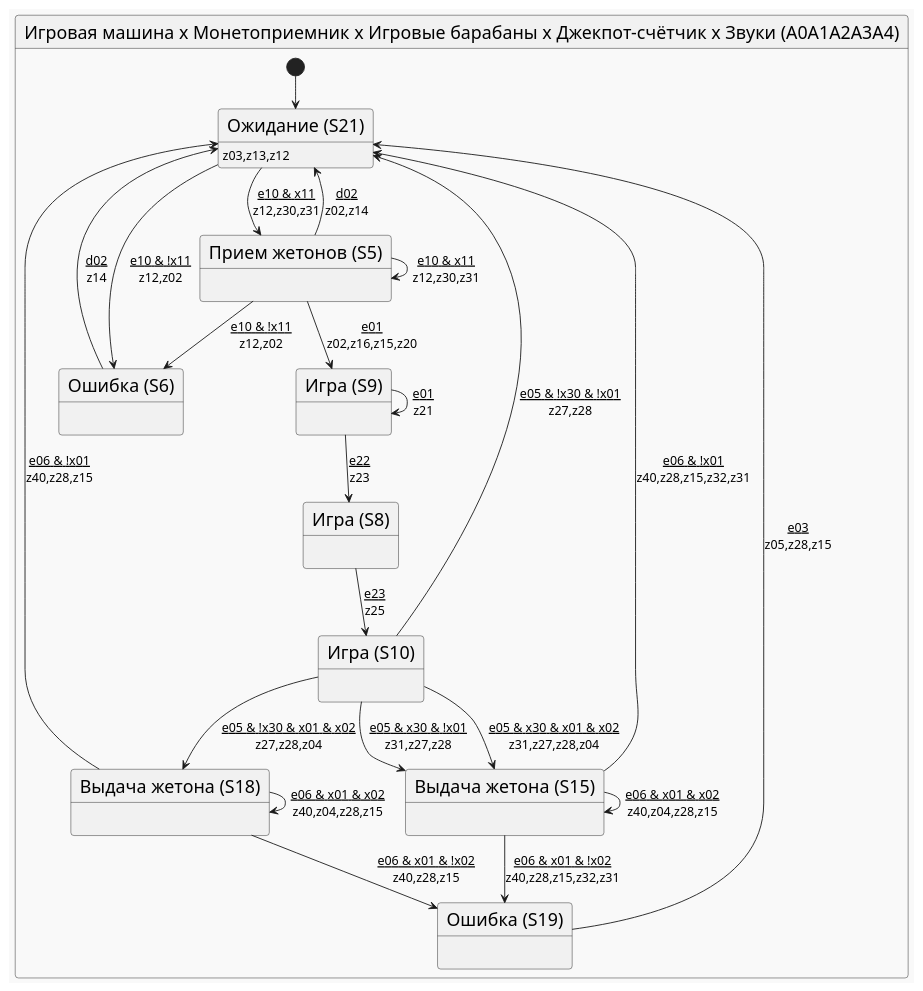
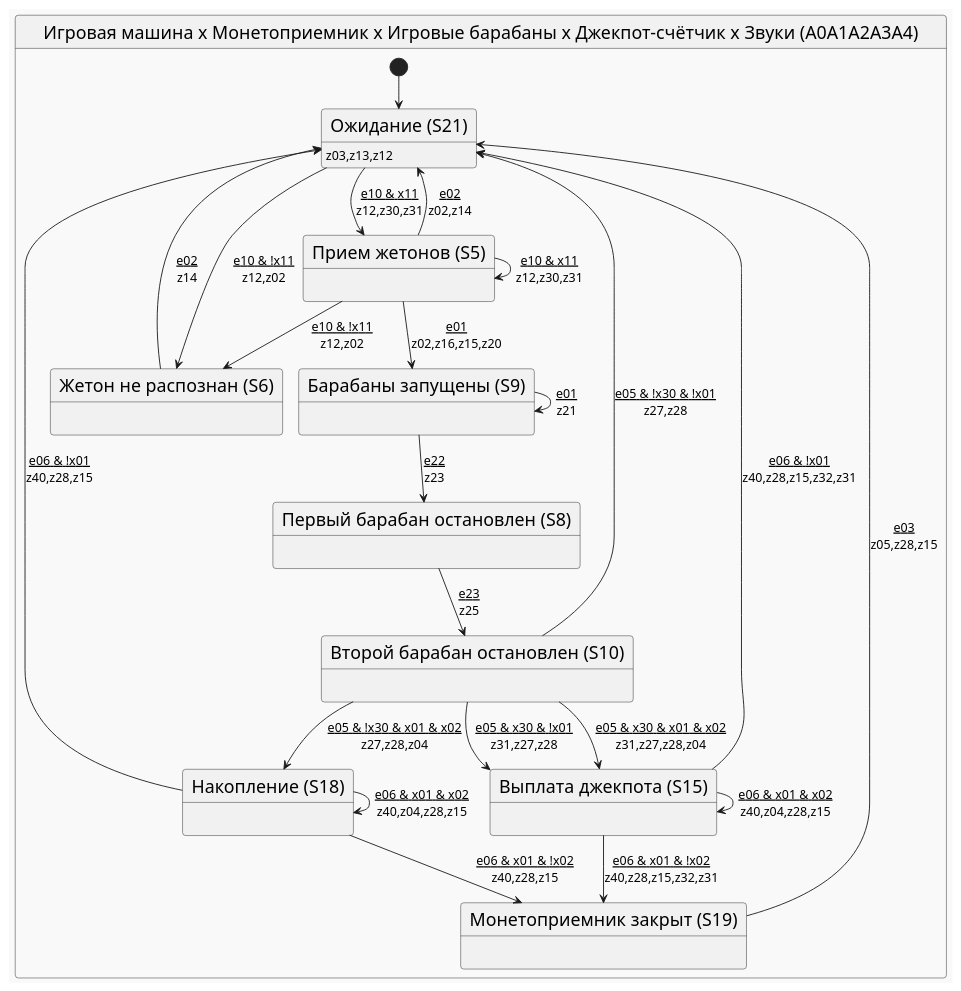
Before and after one commit to PhoenixNazarov/fsm-multiply: the diagram in articles/multiply_many_nested/puml/final.puml, drawn with PlantUML. The commit also changed 2 other files, not shown here.

```diff
--- a/articles/multiply_many_nested/puml/final.puml
+++ b/articles/multiply_many_nested/puml/final.puml
@@ -1,38 +1,38 @@
 @startuml
 !theme mars
 skinparam stateFontSize 20
 skinparam arrowFontSize 14
 state "Игровая машина x Монетоприемник x Игровые барабаны x Джекпот-счётчик x Звуки (A0A1A2A3A4)" as A0A1A2A3A4 {
     [*] --> A0A1A2A3A421
     state "Ожидание (S21)" as A0A1A2A3A421 : <size:14>z03,z13,z12
     state "Прием жетонов (S5)" as A0A1A2A3A45 : 
-    state "Ошибка (S6)" as A0A1A2A3A46 : 
-    state "Игра (S9)" as A0A1A2A3A49 : 
-    state "Игра (S8)" as A0A1A2A3A48 : 
-    state "Игра (S10)" as A0A1A2A3A410 : 
-    state "Выдача жетона (S15)" as A0A1A2A3A415 : 
-    state "Выдача жетона (S18)" as A0A1A2A3A418 : 
-    state "Ошибка (S19)" as A0A1A2A3A419 : 
+    state "Жетон не распознан (S6)" as A0A1A2A3A46 : 
+    state "Барабаны запущены (S9)" as A0A1A2A3A49 : 
+    state "Первый барабан остановлен (S8)" as A0A1A2A3A48 : 
+    state "Второй барабан остановлен (S10)" as A0A1A2A3A410 : 
+    state "Выплата джекпота (S15)" as A0A1A2A3A415 : 
+    state "Накопление (S18)" as A0A1A2A3A418 : 
+    state "Монетоприемник закрыт (S19)" as A0A1A2A3A419 : 
     A0A1A2A3A421 --> A0A1A2A3A45 : <u>e10 & x11\nz12,z30,z31
     A0A1A2A3A421 --> A0A1A2A3A46 : <u>e10 & !x11\nz12,z02
-    A0A1A2A3A45 --> A0A1A2A3A421 : <u>d02\nz02,z14
+    A0A1A2A3A45 --> A0A1A2A3A421 : <u>e02\nz02,z14
     A0A1A2A3A45 --> A0A1A2A3A49 : <u>e01\nz02,z16,z15,z20
     A0A1A2A3A45 --> A0A1A2A3A45 : <u>e10 & x11\nz12,z30,z31
     A0A1A2A3A45 --> A0A1A2A3A46 : <u>e10 & !x11\nz12,z02
-    A0A1A2A3A46 --> A0A1A2A3A421 : <u>d02\nz14
+    A0A1A2A3A46 --> A0A1A2A3A421 : <u>e02\nz14
     A0A1A2A3A49 --> A0A1A2A3A48 : <u>e22\nz23
     A0A1A2A3A49 --> A0A1A2A3A49 : <u>e01\nz21
     A0A1A2A3A48 --> A0A1A2A3A410 : <u>e23\nz25
     A0A1A2A3A410 --> A0A1A2A3A415 : <u>e05 & x30 & x01 & x02\nz31,z27,z28,z04
     A0A1A2A3A410 --> A0A1A2A3A415 : <u>e05 & x30 & !x01\nz31,z27,z28
     A0A1A2A3A410 --> A0A1A2A3A418 : <u>e05 & !x30 & x01 & x02\nz27,z28,z04
     A0A1A2A3A410 --> A0A1A2A3A421 : <u>e05 & !x30 & !x01\nz27,z28
     A0A1A2A3A415 --> A0A1A2A3A415 : <u>e06 & x01 & x02\nz40,z04,z28,z15
     A0A1A2A3A415 --> A0A1A2A3A419 : <u>e06 & x01 & !x02\nz40,z28,z15,z32,z31
     A0A1A2A3A415 --> A0A1A2A3A421 : <u>e06 & !x01\nz40,z28,z15,z32,z31
     A0A1A2A3A418 --> A0A1A2A3A418 : <u>e06 & x01 & x02\nz40,z04,z28,z15
     A0A1A2A3A418 --> A0A1A2A3A419 : <u>e06 & x01 & !x02\nz40,z28,z15
     A0A1A2A3A418 --> A0A1A2A3A421 : <u>e06 & !x01\nz40,z28,z15
     A0A1A2A3A419 --> A0A1A2A3A421 : <u>e03\nz05,z28,z15
 }
 @enduml
```
